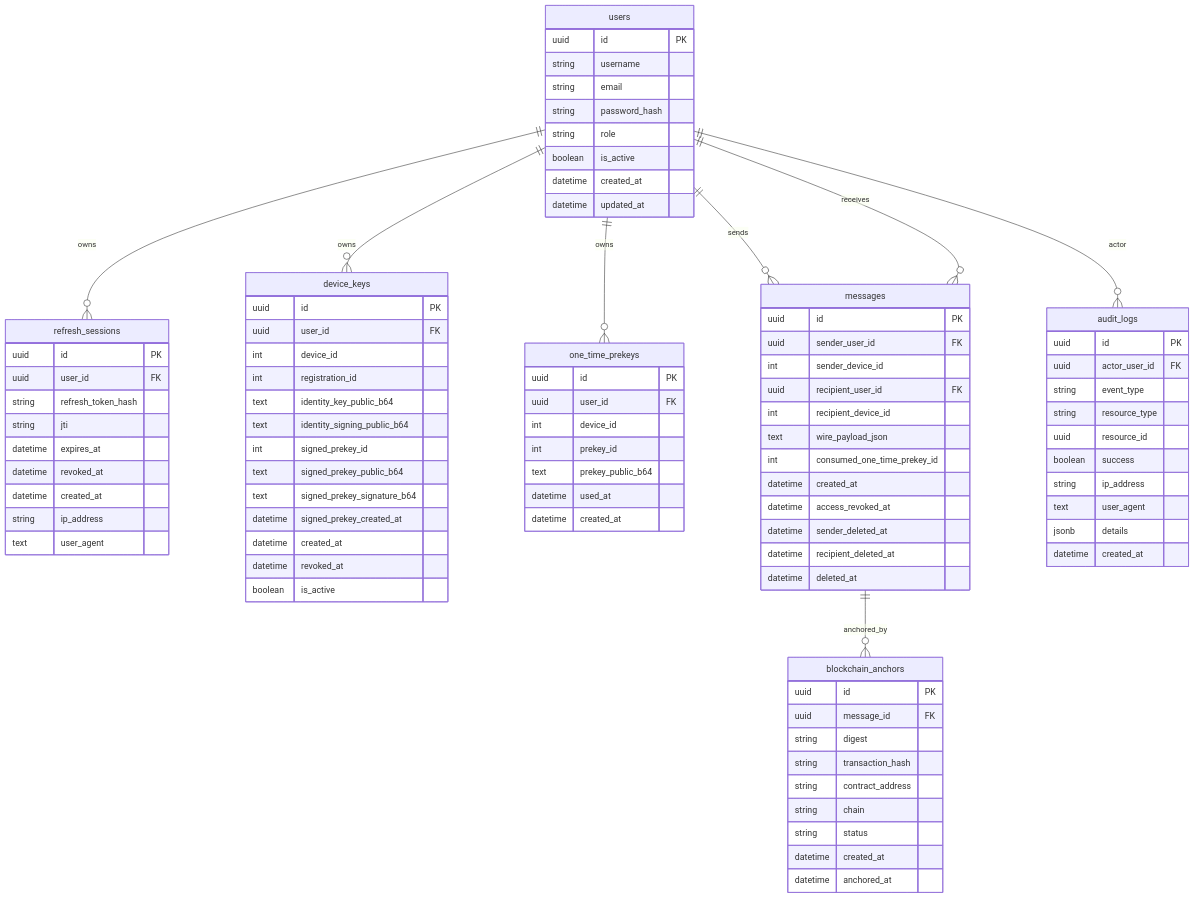
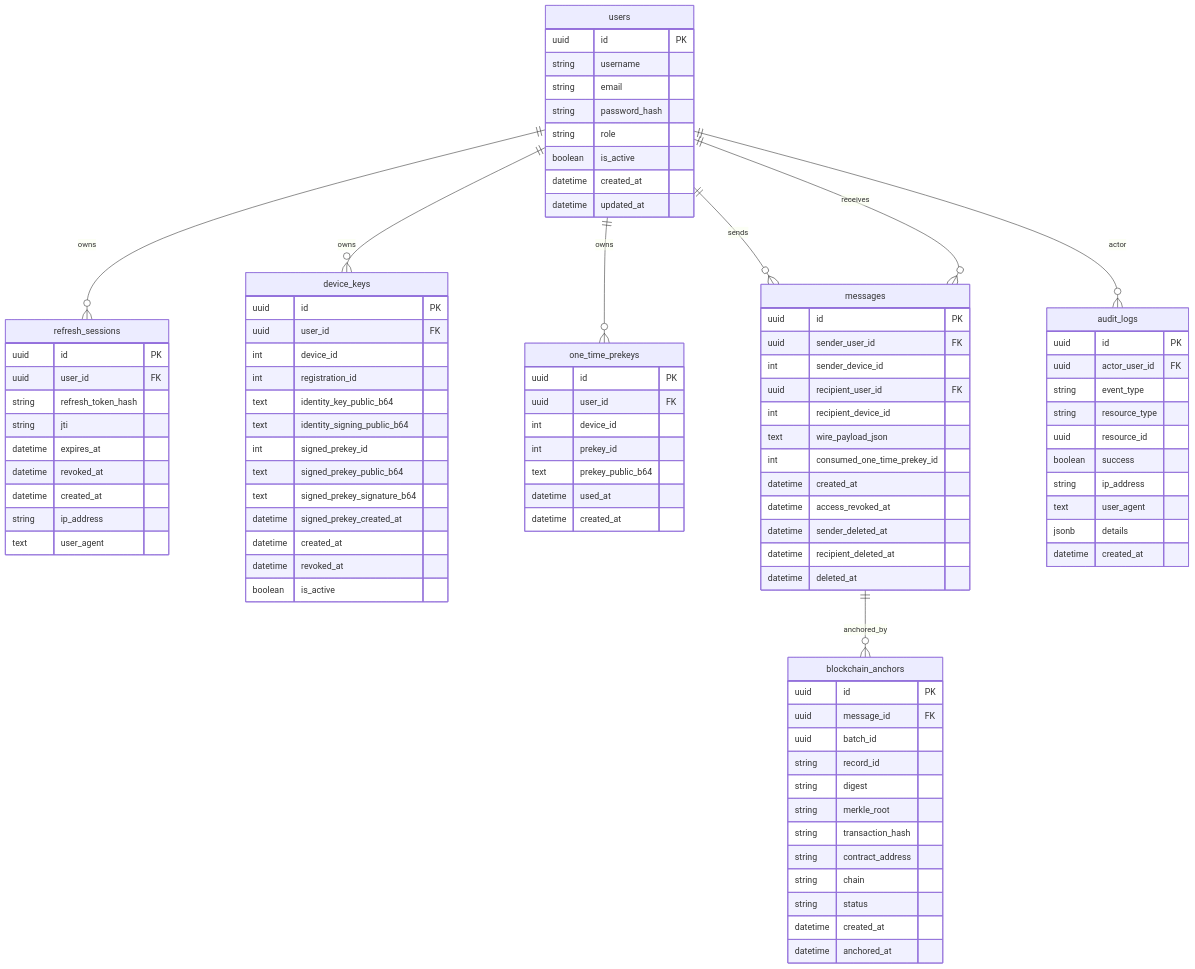
Before and after one commit to EoinOKelly/Epic-KFC: the diagram in server/docs/database/database_design.md, drawn with Mermaid. The commit also changed other lines of this file and 11 other files, not shown here.

```diff
--- a/server/docs/database/database_design.md
+++ b/server/docs/database/database_design.md
@@ -96,7 +96,10 @@
     blockchain_anchors {
         uuid id PK
         uuid message_id FK
+        uuid batch_id
+        string record_id
         string digest
+        string merkle_root
         string transaction_hash
         string contract_address
         string chain
```
